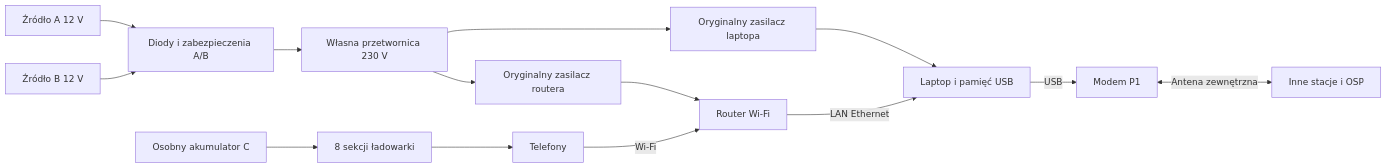
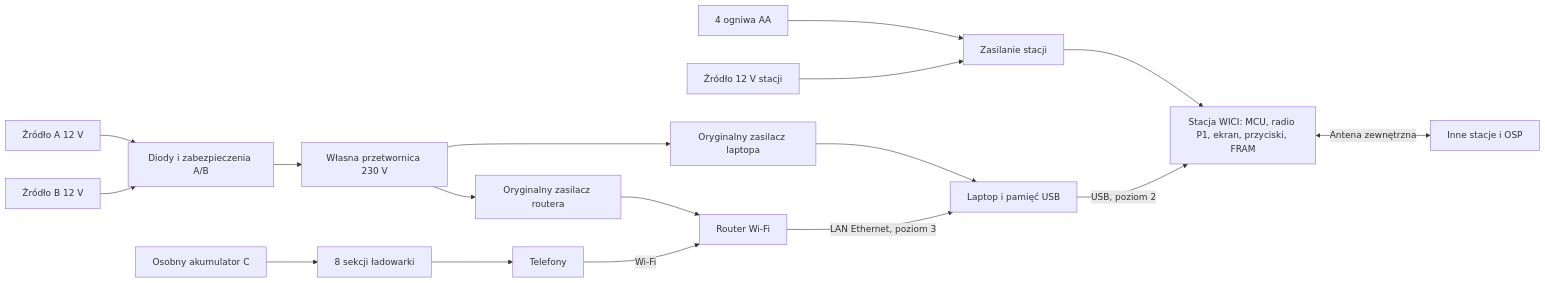
The diagram in docs/spec/projekt.md (tmierzwa/WICI), drawn with Mermaid before and after one commit. The commit also changed other lines of this file and 7 other files, not shown here.

````diff
--- a/docs/spec/projekt.md
+++ b/docs/spec/projekt.md
@@ -21,16 +25,19 @@
 ```mermaid
 flowchart LR
+  AA[4 ogniwa AA] --> SP[Zasilanie stacji]
+  S12[Źródło 12 V stacji] --> SP
+  SP --> ST[Stacja WICI: MCU, radio P1, ekran, przyciski, FRAM]
+  ST <-->|Antena zewnętrzna| S[Inne stacje i OSP]
+  L[Laptop i pamięć USB] -->|USB, poziom 2| ST
   A[Źródło A 12 V] --> D[Diody i zabezpieczenia A/B]
   B[Źródło B 12 V] --> D
   D --> I[Własna przetwornica 230 V]
   I --> P[Oryginalny zasilacz laptopa]
   I --> R[Oryginalny zasilacz routera]
-  P --> L[Laptop i pamięć USB]
+  P --> L
   R --> W[Router Wi-Fi]
-  W -->|LAN Ethernet| L
-  L -->|USB| M[Modem P1]
-  M <-->|Antena zewnętrzna| S[Inne stacje i OSP]
+  W -->|LAN Ethernet, poziom 3| L
   C[Osobny akumulator C] --> U[8 sekcji ładowarki]
   U --> F[Telefony]
   F -->|Wi-Fi| W
 ```
````
